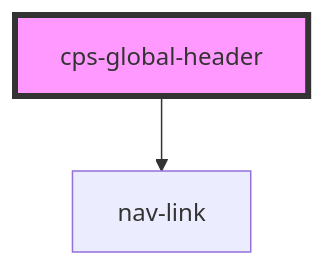
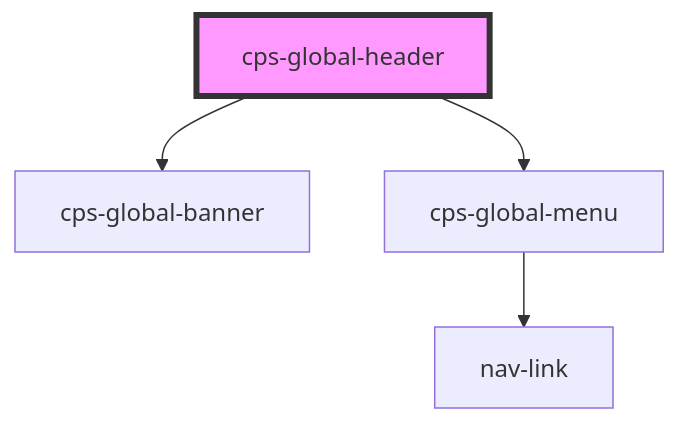
Before and after one commit to CPS-Innovation/global-components: the diagram in packages/cps-global-components/src/components/cps-global-header/readme.md, drawn with Mermaid. The commit also changed other lines of this file and 47 other files, not shown here.

````diff
--- a/packages/cps-global-components/src/components/cps-global-header/readme.md
+++ b/packages/cps-global-components/src/components/cps-global-header/readme.md
@@ -20,5 +16,7 @@
 ```mermaid
 graph TD;
-  cps-global-header --> nav-link
+  cps-global-header --> cps-global-banner
+  cps-global-header --> cps-global-menu
+  cps-global-menu --> nav-link
   style cps-global-header fill:#f9f,stroke:#333,stroke-width:4px
 ```
````
